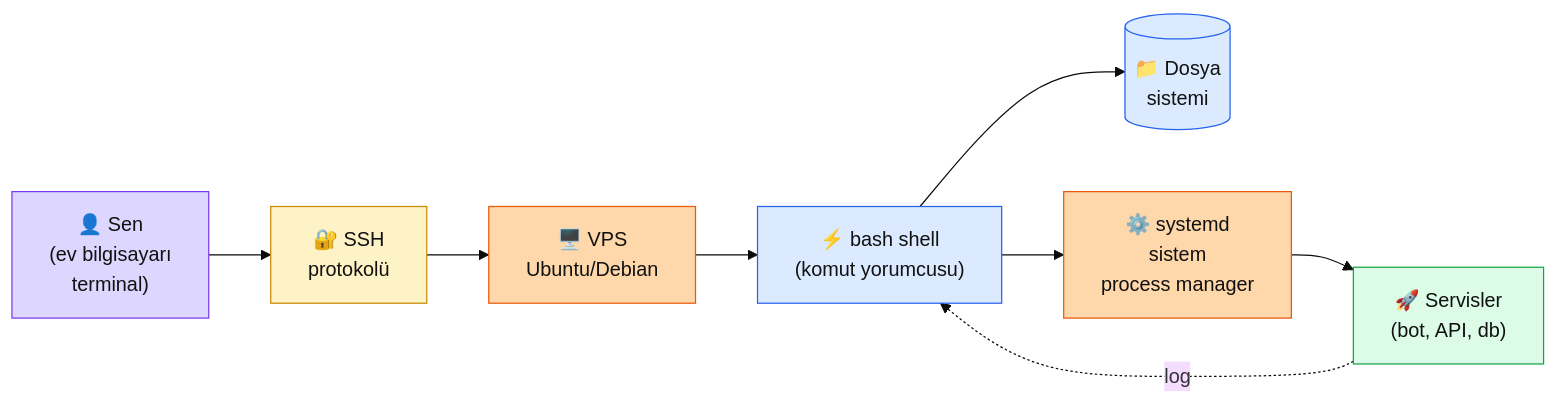
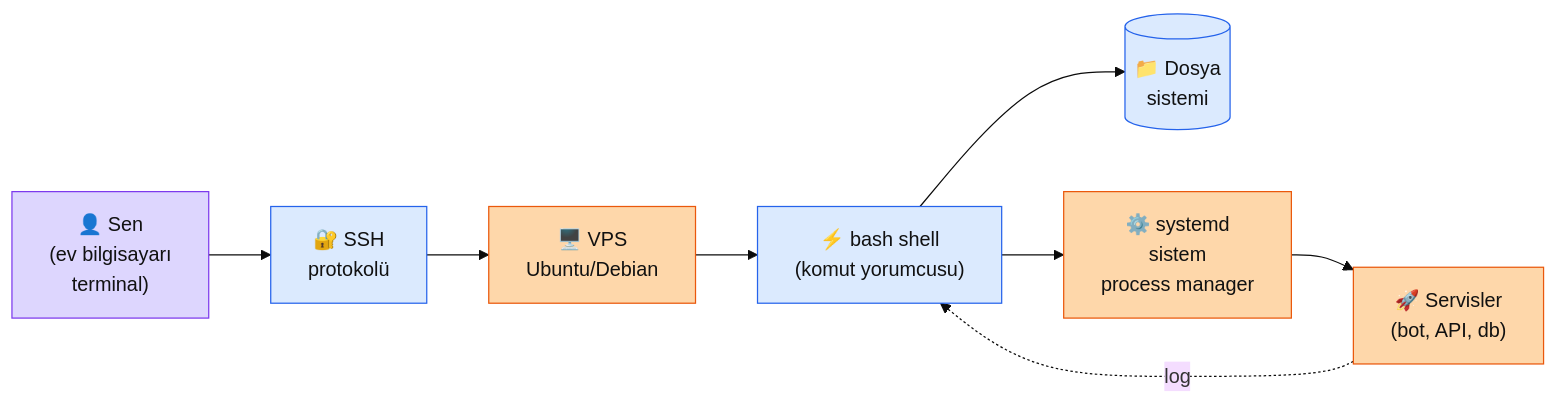
One commit to KemalG-u/muhendisal-platform changed the diagram in docs/bolum-0/01-vps-linux.md. Above: the diagram before and after it, drawn with Mermaid (base theme). The commit also changed other lines of this file and 3 other files, not shown here.

````diff
--- a/docs/bolum-0/01-vps-linux.md
+++ b/docs/bolum-0/01-vps-linux.md
@@ -38,26 +39,24 @@
 ```mermaid
 flowchart LR
   USR["👤 Sen\n(ev bilgisayarı\nterminal)"]
   SSH["🔐 SSH\nprotokolü"]
   VPS["🖥️ VPS\nUbuntu/Debian"]
   SHELL["⚡ bash shell\n(komut yorumcusu)"]
   FS[("📁 Dosya\nsistemi")]
   PROC["⚙️ systemd\nsistem\nprocess manager"]
   SVC["🚀 Servisler\n(bot, API, db)"]
 
   USR --> SSH --> VPS --> SHELL
   SHELL --> FS
   SHELL --> PROC --> SVC
   SVC -.log.-> SHELL
 
   classDef usr fill:#ddd6fe,stroke:#7c3aed,color:#111
-  classDef net fill:#fef3c7,stroke:#ca8a04,color:#111
   classDef srv fill:#fed7aa,stroke:#ea580c,color:#111
   classDef sys fill:#dbeafe,stroke:#2563eb,color:#111
-  classDef hed fill:#dcfce7,stroke:#16a34a,color:#111
   class USR usr
-  class SSH net
+  class SSH sys
   class VPS,PROC srv
   class SHELL,FS sys
-  class SVC hed
+  class SVC srv
 ```
````
